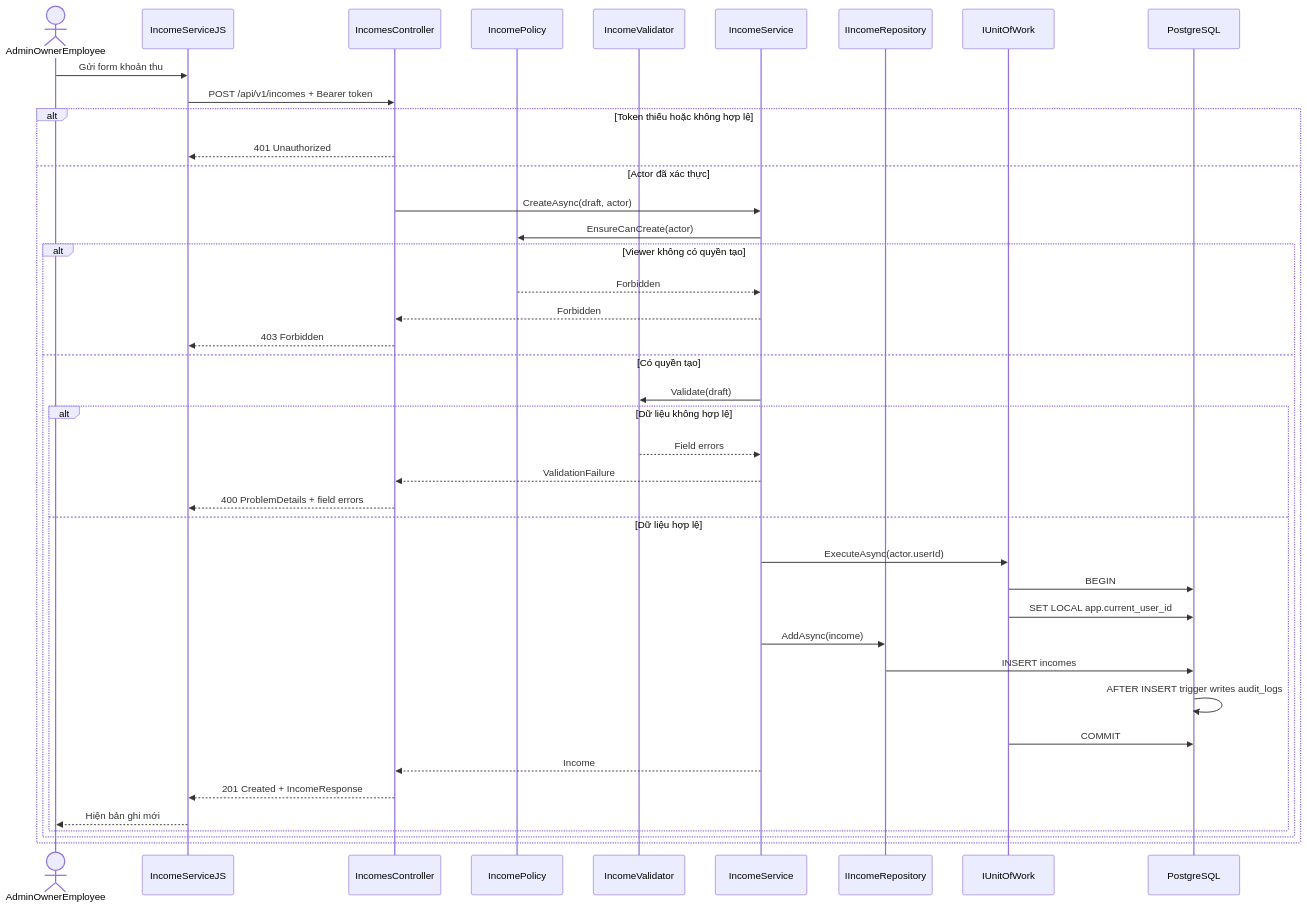
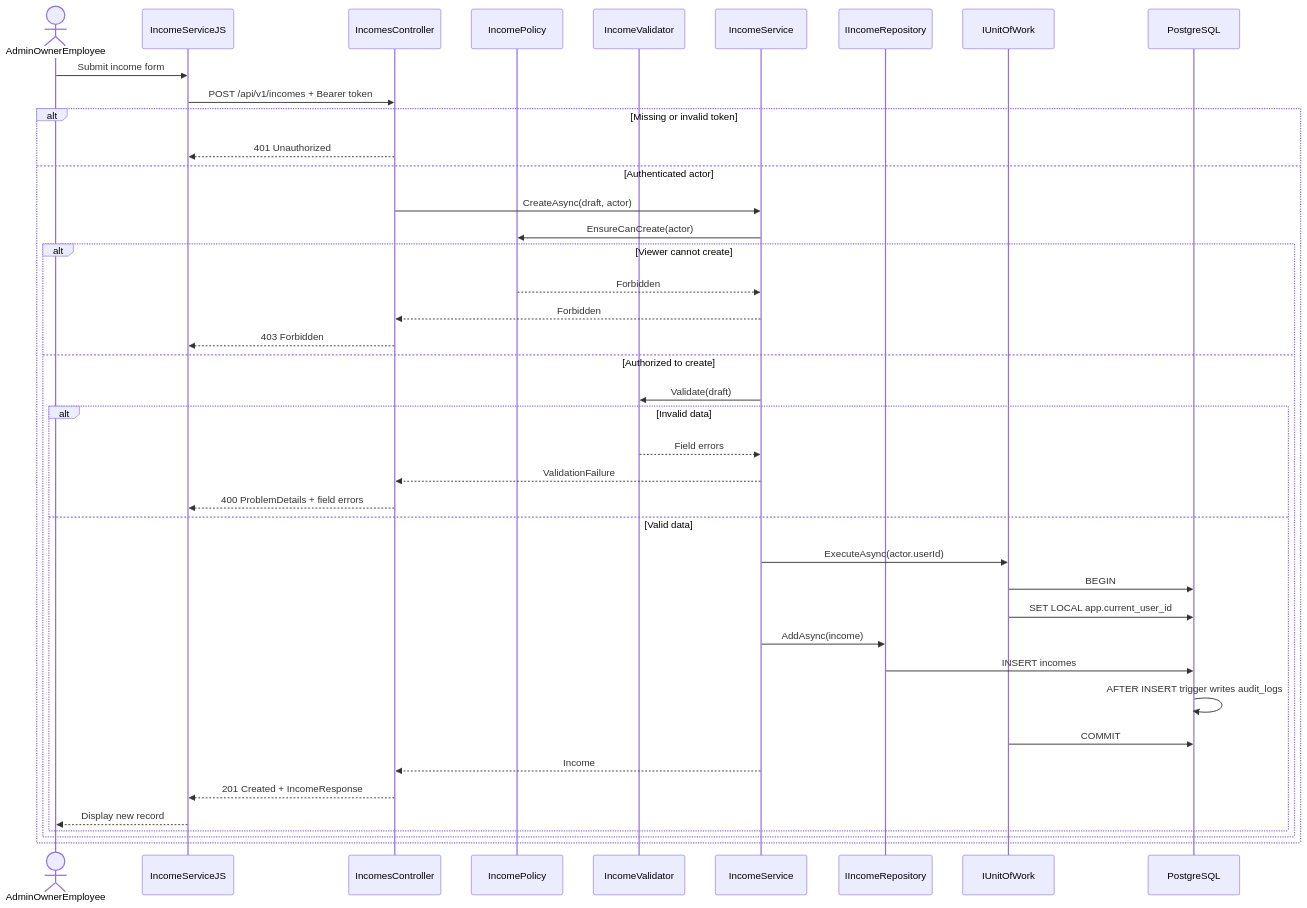
Before and after one commit to PhamHiep948/finance-manager: the second of 5 diagrams in docs/architecture/uml/02-sequence-diagrams.md, drawn with Mermaid. The commit also changed other lines of this file and 16 other files, not shown here.

````diff
--- a/docs/architecture/uml/02-sequence-diagrams.md
+++ b/docs/architecture/uml/02-sequence-diagrams.md
@@ -64,45 +64,45 @@
 ```mermaid
 sequenceDiagram
     actor User as AdminOwnerEmployee
     participant Web as IncomeServiceJS
     participant Api as IncomesController
     participant Policy as IncomePolicy
     participant Validator as IncomeValidator
     participant Service as IncomeService
     participant IncomeRepo as IIncomeRepository
     participant Uow as IUnitOfWork
     participant Db as PostgreSQL
 
-    User->>Web: Gửi form khoản thu
+    User->>Web: Submit income form
     Web->>Api: POST /api/v1/incomes + Bearer token
 
-    alt Token thiếu hoặc không hợp lệ
+    alt Missing or invalid token
         Api-->>Web: 401 Unauthorized
-    else Actor đã xác thực
+    else Authenticated actor
         Api->>Service: CreateAsync(draft, actor)
         Service->>Policy: EnsureCanCreate(actor)
-        alt Viewer không có quyền tạo
+        alt Viewer cannot create
             Policy-->>Service: Forbidden
             Service-->>Api: Forbidden
             Api-->>Web: 403 Forbidden
-        else Có quyền tạo
+        else Authorized to create
             Service->>Validator: Validate(draft)
-            alt Dữ liệu không hợp lệ
+            alt Invalid data
                 Validator-->>Service: Field errors
                 Service-->>Api: ValidationFailure
                 Api-->>Web: 400 ProblemDetails + field errors
-            else Dữ liệu hợp lệ
+            else Valid data
                 Service->>Uow: ExecuteAsync(actor.userId)
                 Uow->>Db: BEGIN
                 Uow->>Db: SET LOCAL app.current_user_id
                 Service->>IncomeRepo: AddAsync(income)
                 IncomeRepo->>Db: INSERT incomes
                 Db->>Db: AFTER INSERT trigger writes audit_logs
                 Uow->>Db: COMMIT
                 Service-->>Api: Income
                 Api-->>Web: 201 Created + IncomeResponse
-                Web-->>User: Hiện bản ghi mới
+                Web-->>User: Display new record
             end
         end
     end
 ```
````
